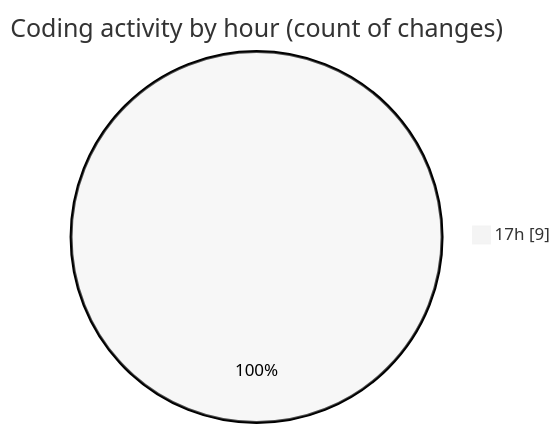
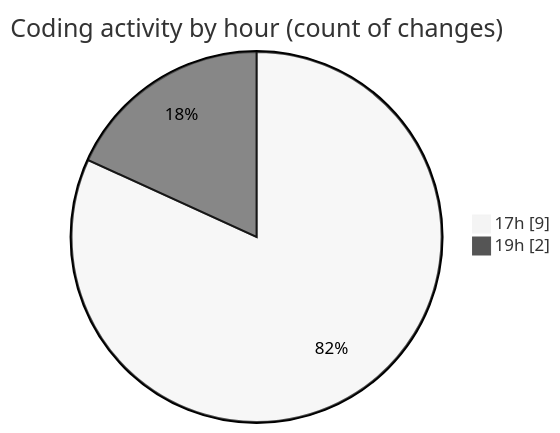
The second of 2 diagrams in 2025-02-15/optional_codings/README.md (NitaiMahat/code-tracking), drawn with Mermaid (neutral theme) before and after one commit. The commit also changed other lines of this file and 1 other file, not shown here.

````diff
--- a/2025-02-15/optional_codings/README.md
+++ b/2025-02-15/optional_codings/README.md
@@ -29,5 +30,6 @@
 ```mermaid
 pie showData
 title Coding activity by hour (count of changes)
 "17h" : 9
+"19h" : 2
 ```
````
